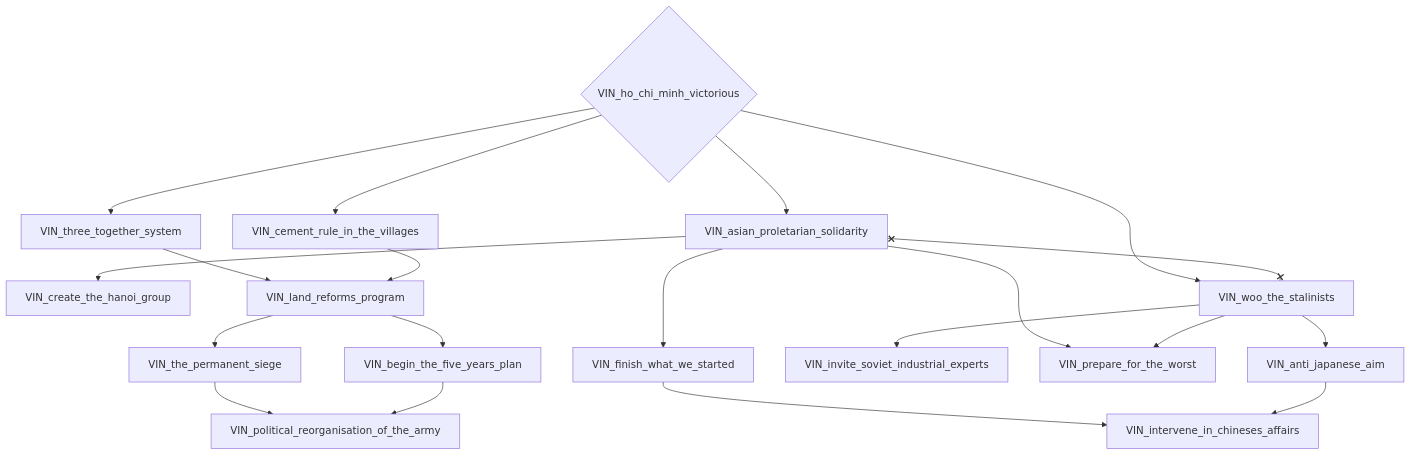
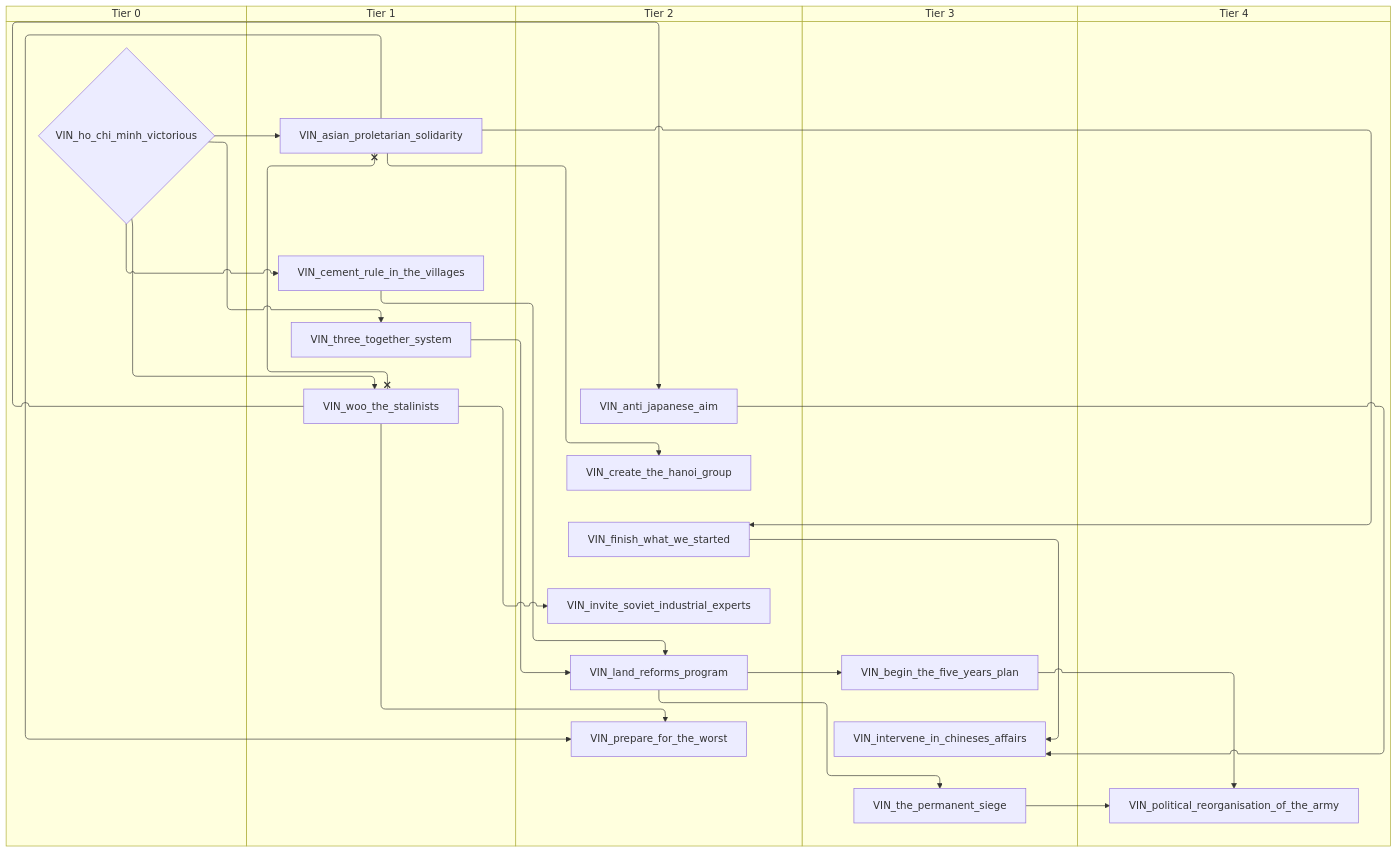
One commit to evgeny-sobol/hoi4-sandbox-mode-r56 changed the fifth of 8 diagrams in docs/gdd/National Focuses/Vietnam.md. Above: the diagram before and after it, drawn with Mermaid. The commit also changed other lines of this file and 423 other files, not shown here.

First line of the commit message:
Re-export Rt56 focus trees as swimlane diagrams

````diff
--- a/docs/gdd/National Focuses/Vietnam.md
+++ b/docs/gdd/National Focuses/Vietnam.md
@@ -139,37 +183,47 @@
 ```mermaid
-flowchart TD
-    n49["VIN_anti_japanese_aim"]
-    n50["VIN_asian_proletarian_solidarity"]
-    n51["VIN_begin_the_five_years_plan"]
-    n52["VIN_cement_rule_in_the_villages"]
-    n53["VIN_create_the_hanoi_group"]
-    n54["VIN_finish_what_we_started"]
-    n55{"VIN_ho_chi_minh_victorious"}
-    n56["VIN_intervene_in_chineses_affairs"]
-    n57["VIN_invite_soviet_industrial_experts"]
-    n58["VIN_land_reforms_program"]
-    n59["VIN_political_reorganisation_of_the_army"]
-    n60["VIN_prepare_for_the_worst"]
-    n61["VIN_the_permanent_siege"]
-    n62["VIN_three_together_system"]
-    n63["VIN_woo_the_stalinists"]
-    n63 --> n49
-    n55 --> n50
-    n58 --> n51
-    n55 --> n52
-    n50 --> n53
-    n50 --> n54
-    n54 --> n56
-    n49 --> n56
-    n63 --> n57
-    n62 --> n58
+swimlane-beta TD
+    subgraph tier_0["Tier 0"]
+        n49{"VIN_ho_chi_minh_victorious"}
+    end
+    subgraph tier_1["Tier 1"]
+        n50["VIN_asian_proletarian_solidarity"]
+        n51["VIN_cement_rule_in_the_villages"]
+        n52["VIN_three_together_system"]
+        n53["VIN_woo_the_stalinists"]
+    end
+    subgraph tier_2["Tier 2"]
+        n54["VIN_anti_japanese_aim"]
+        n55["VIN_create_the_hanoi_group"]
+        n56["VIN_finish_what_we_started"]
+        n57["VIN_invite_soviet_industrial_experts"]
+        n58["VIN_land_reforms_program"]
+        n59["VIN_prepare_for_the_worst"]
+    end
+    subgraph tier_3["Tier 3"]
+        n60["VIN_begin_the_five_years_plan"]
+        n61["VIN_intervene_in_chineses_affairs"]
+        n62["VIN_the_permanent_siege"]
+    end
+    subgraph tier_4["Tier 4"]
+        n63["VIN_political_reorganisation_of_the_army"]
+    end
+    n53 --> n54
+    n49 --> n50
+    n58 --> n60
+    n49 --> n51
+    n50 --> n55
+    n50 --> n56
+    n56 --> n61
+    n54 --> n61
+    n53 --> n57
     n52 --> n58
-    n61 --> n59
-    n51 --> n59
-    n50 --> n60
-    n63 --> n60
-    n58 --> n61
-    n55 --> n62
-    n55 --> n63
-    n50 x--x n63
+    n51 --> n58
+    n62 --> n63
+    n60 --> n63
+    n50 --> n59
+    n53 --> n59
+    n58 --> n62
+    n49 --> n52
+    n49 --> n53
+    n50 x--x n53
 ```
````
